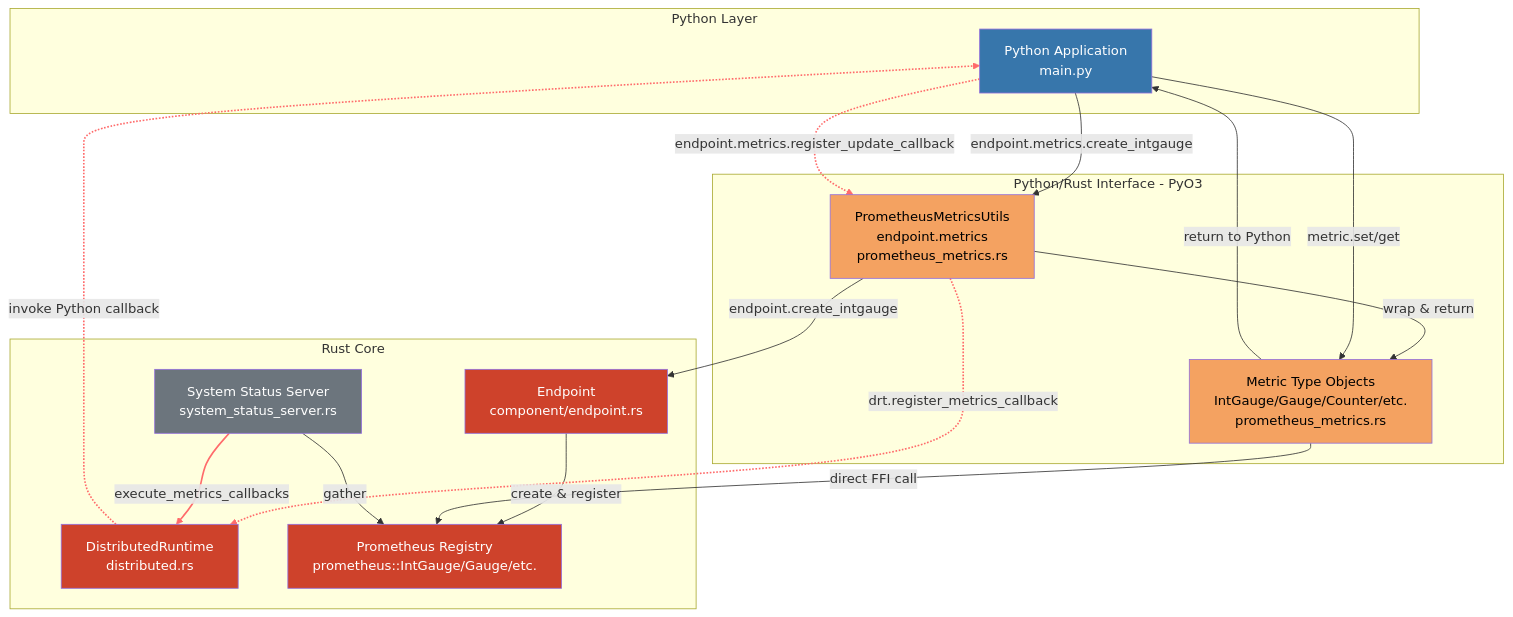
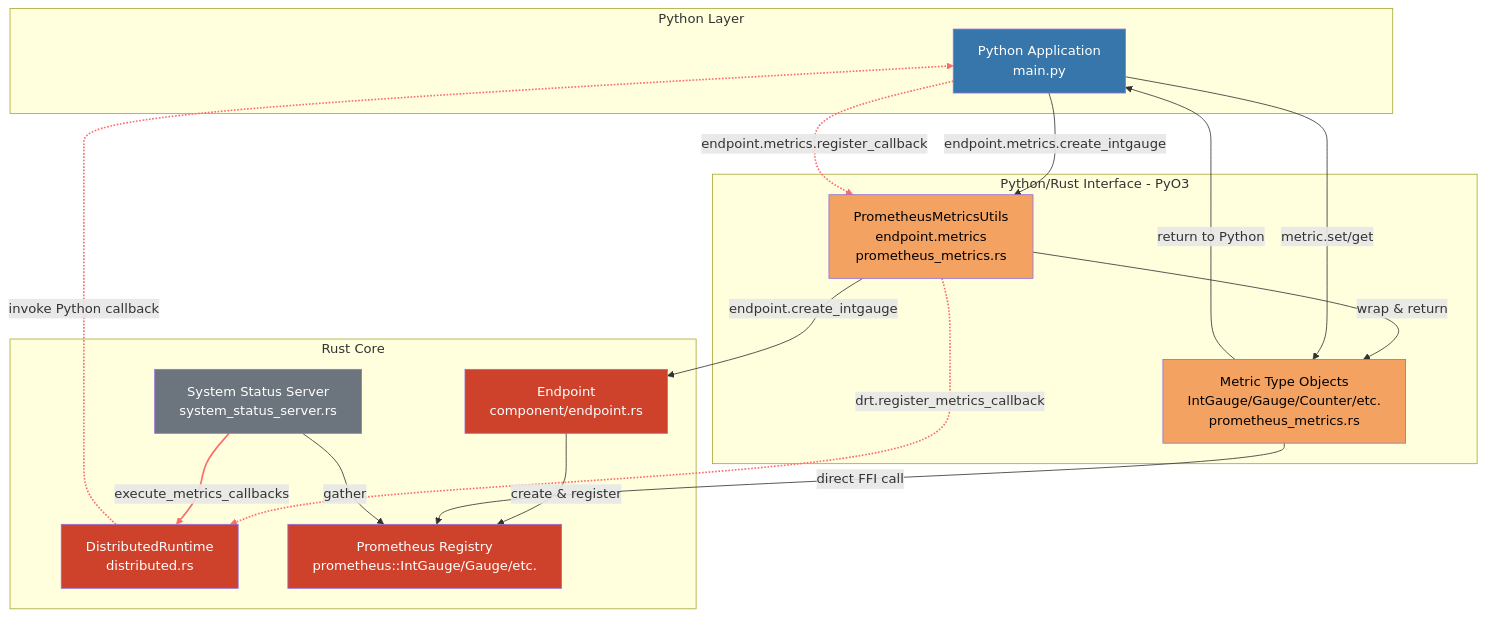
One commit to ai-dynamo/dynamo changed the second of 2 diagrams in lib/bindings/python/examples/metrics/README.md. Above: the diagram before and after it, drawn with Mermaid. The commit also changed other lines of this file and 16 other files, not shown here.

````diff
--- a/lib/bindings/python/examples/metrics/README.md
+++ b/lib/bindings/python/examples/metrics/README.md
@@ -326,43 +326,43 @@
 ```mermaid
 graph TD
     subgraph Python["Python Layer"]
         PY[Python Application<br/>main.py]
         style PY fill:#3776ab,color:#fff
     end
 
     subgraph PyO3["Python/Rust Interface - PyO3"]
         PM[PrometheusMetricsUtils<br/>endpoint.metrics<br/>prometheus_metrics.rs]
         MT[Metric Type Objects<br/>IntGauge/Gauge/Counter/etc.<br/>prometheus_metrics.rs]
         style PM fill:#f4a261,color:#000
         style MT fill:#f4a261,color:#000
     end
 
     subgraph Rust["Rust Core"]
         EP[Endpoint<br/>component/endpoint.rs]
         DRT[DistributedRuntime<br/>distributed.rs]
         PROM["Prometheus Registry<br/>prometheus::IntGauge/Gauge/etc."]
         SS[System Status Server<br/>system_status_server.rs]
         style EP fill:#ce422b,color:#fff
         style DRT fill:#ce422b,color:#fff
         style PROM fill:#ce422b,color:#fff
         style SS fill:#6c757d,color:#fff
     end
 
     PY -->|endpoint.metrics.create_intgauge| PM
     PM -->|endpoint.create_intgauge| EP
     EP -->|create & register| PROM
     PM -->|wrap & return| MT
     MT -->|return to Python| PY
     PY -->|metric.set/get| MT
     MT -->|direct FFI call| PROM
-    PY -.->|endpoint.metrics.register_update_callback| PM
+    PY -.->|endpoint.metrics.register_callback| PM
     PM -.->|drt.register_metrics_callback| DRT
     SS ==>|execute_metrics_callbacks| DRT
     DRT -.->|invoke Python callback| PY
     SS -->|gather| PROM
 
     linkStyle 7 stroke:#ff6b6b,stroke-width:2px
     linkStyle 8 stroke:#ff6b6b,stroke-width:2px
     linkStyle 9 stroke:#ff6b6b,stroke-width:2px
     linkStyle 10 stroke:#ff6b6b,stroke-width:2px
 ```
````
